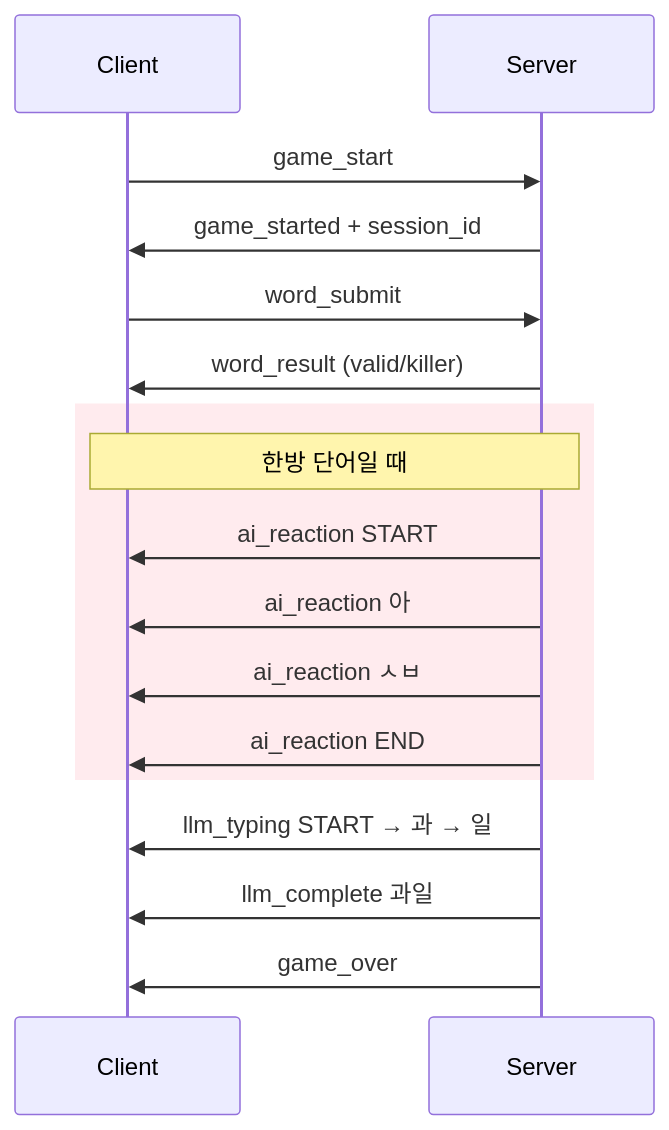
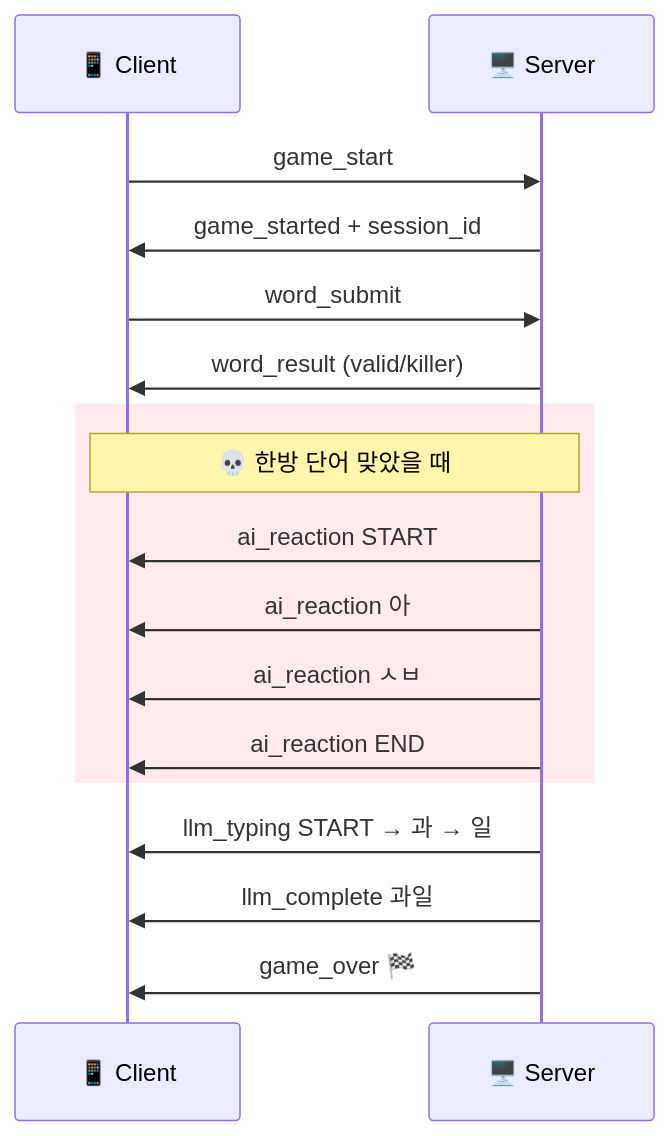
The sixth of 7 diagrams in README.md (Technoetic/word-chain-game), drawn with Mermaid before and after one commit. The commit also changed other lines of this file, not shown here.

````diff
--- a/README.md
+++ b/README.md
@@ -98,24 +98,24 @@
 ```mermaid
 sequenceDiagram
-    participant C as Client
-    participant S as Server
+    participant C as 📱 Client
+    participant S as 🖥️ Server
 
     C->>S: game_start
     S->>C: game_started + session_id
 
     C->>S: word_submit
     S->>C: word_result (valid/killer)
 
     rect rgb(255, 235, 238)
-        Note over C,S: 한방 단어일 때
+        Note over C,S: 💀 한방 단어 맞았을 때
         S->>C: ai_reaction START
         S->>C: ai_reaction 아
         S->>C: ai_reaction ㅅㅂ
         S->>C: ai_reaction END
     end
 
     S->>C: llm_typing START → 과 → 일
     S->>C: llm_complete 과일
 
-    S->>C: game_over
+    S->>C: game_over 🏁
 ```
````
